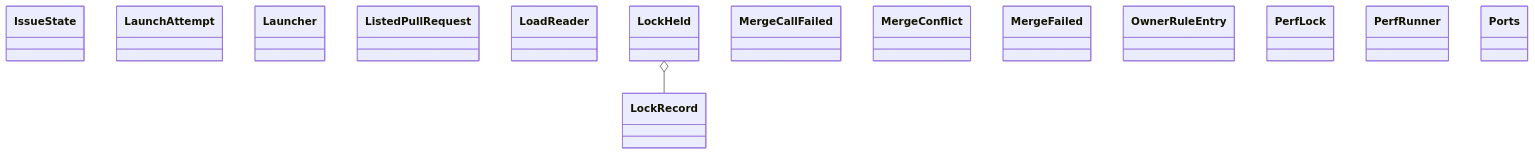
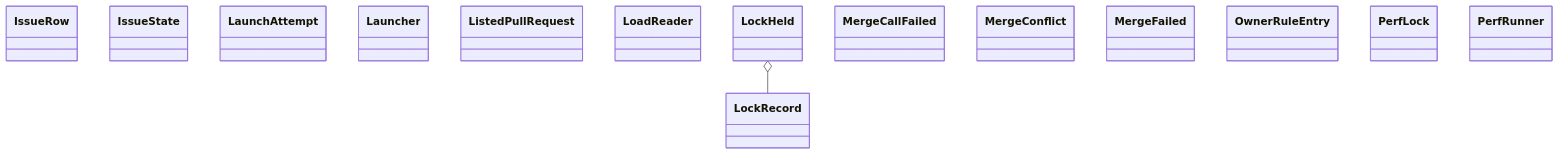
The diagram in docs/architecture/generated/classes-process-application-support-3.md (GonzaloZevallos/agentic-system), drawn with Mermaid before and after one commit. The commit also changed other lines of this file and 10 other files, not shown here.

Commit message:
Regenerate the architecture docs for the check-run log

````diff
--- a/docs/architecture/generated/classes-process-application-support-3.md
+++ b/docs/architecture/generated/classes-process-application-support-3.md
@@ -16,18 +16,18 @@
 ```mermaid
 classDiagram
+    class ports__IssueRow["IssueRow"]
     class ports__IssueState["IssueState"]
     class ports__LaunchAttempt["LaunchAttempt"]
     class ports__Launcher["Launcher"]
     class ports__ListedPullRequest["ListedPullRequest"]
     class ports__LoadReader["LoadReader"]
     class ports__LockHeld["LockHeld"]
     class ports__LockRecord["LockRecord"]
     class ports__MergeCallFailed["MergeCallFailed"]
     class ports__MergeConflict["MergeConflict"]
     class ports__MergeFailed["MergeFailed"]
     class ports__OwnerRuleEntry["OwnerRuleEntry"]
     class ports__PerfLock["PerfLock"]
     class ports__PerfRunner["PerfRunner"]
-    class ports__Ports["Ports"]
     ports__LockHeld o-- ports__LockRecord
 ```
````
